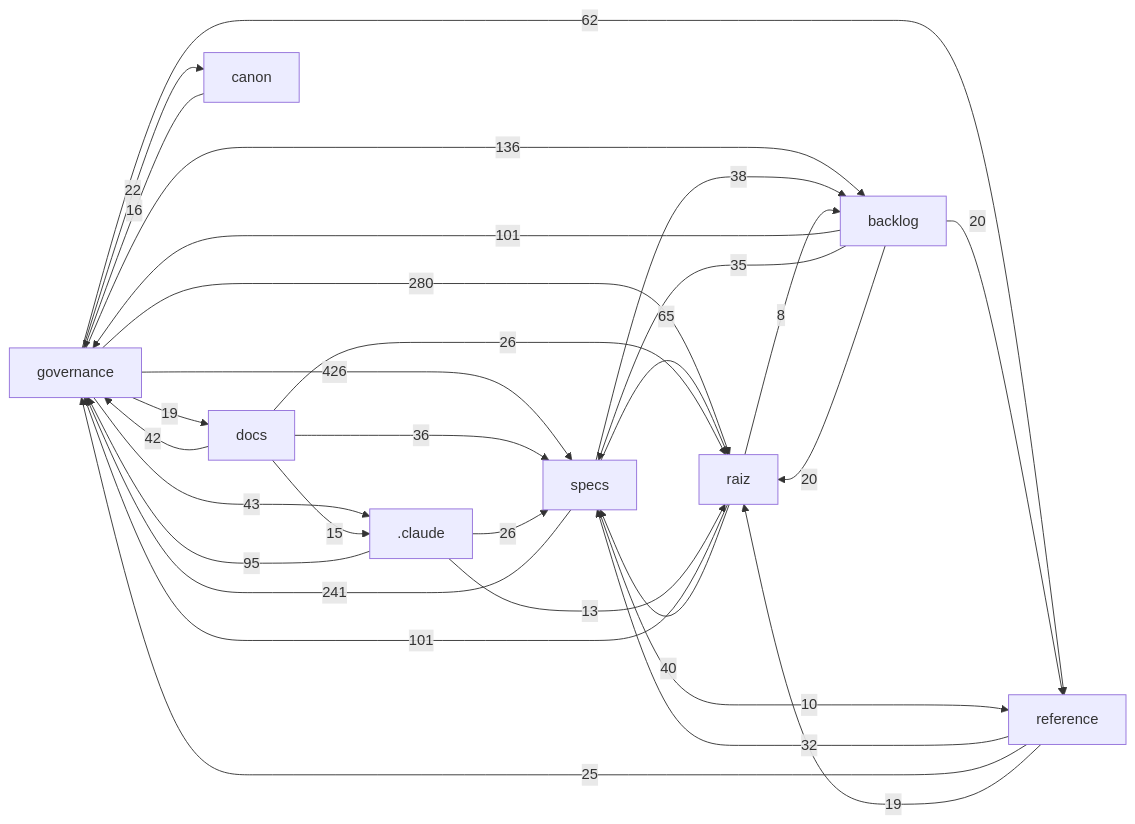
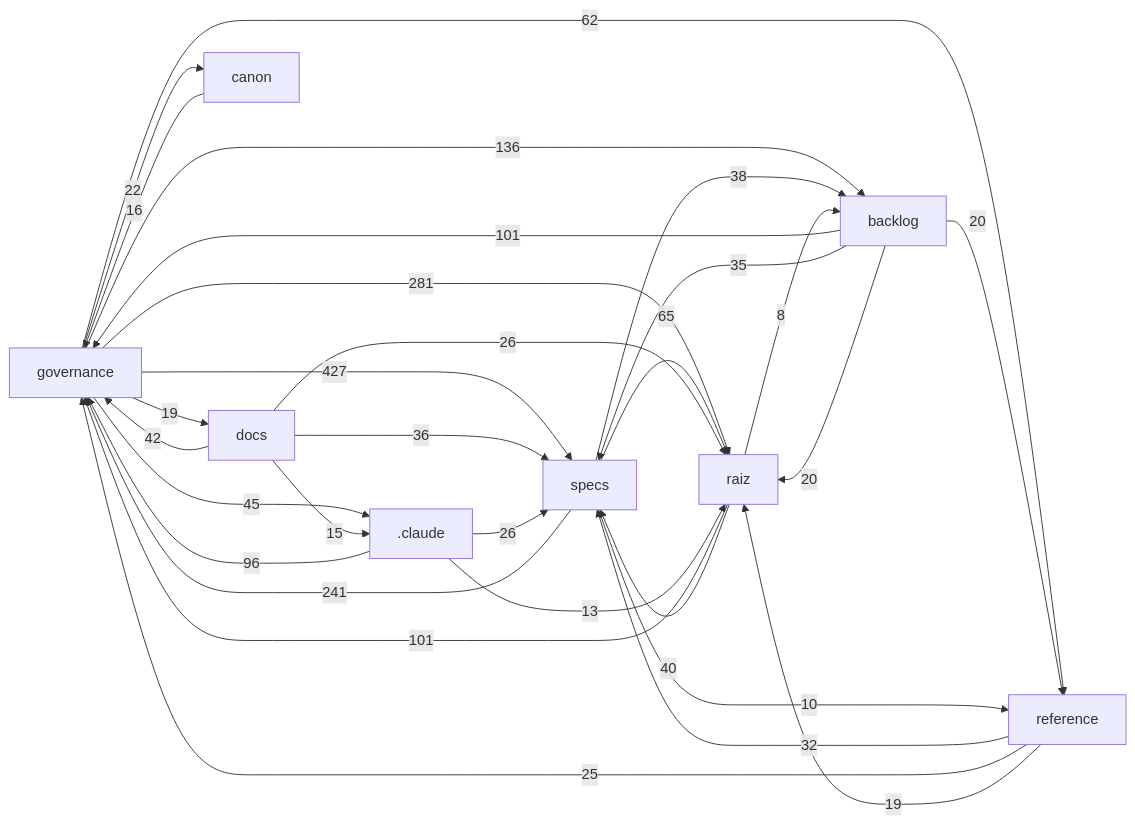
One commit to Andraus35/Sistema-Operacional-de-Trading--SOT changed the diagram in docs/mapa/MAPA-PROJETO.md. Above: the diagram before and after it, drawn with Mermaid. The commit also changed other lines of this file and 4 other files, not shown here.

````diff
--- a/docs/mapa/MAPA-PROJETO.md
+++ b/docs/mapa/MAPA-PROJETO.md
@@ -29,32 +29,32 @@
 ```mermaid
 flowchart LR
-  governance["governance"] -->|426| specs["specs"]
-  governance["governance"] -->|280| raiz["raiz"]
+  governance["governance"] -->|427| specs["specs"]
+  governance["governance"] -->|281| raiz["raiz"]
   specs["specs"] -->|241| governance["governance"]
   governance["governance"] -->|136| backlog["backlog"]
   raiz["raiz"] -->|101| governance["governance"]
   backlog["backlog"] -->|101| governance["governance"]
-  _claude[".claude"] -->|95| governance["governance"]
+  _claude[".claude"] -->|96| governance["governance"]
   specs["specs"] -->|65| raiz["raiz"]
   governance["governance"] -->|62| reference["reference"]
-  governance["governance"] -->|43| _claude[".claude"]
+  governance["governance"] -->|45| _claude[".claude"]
   docs["docs"] -->|42| governance["governance"]
   raiz["raiz"] -->|40| specs["specs"]
   specs["specs"] -->|38| backlog["backlog"]
   docs["docs"] -->|36| specs["specs"]
   backlog["backlog"] -->|35| specs["specs"]
   reference["reference"] -->|32| specs["specs"]
   _claude[".claude"] -->|26| specs["specs"]
   docs["docs"] -->|26| raiz["raiz"]
   reference["reference"] -->|25| governance["governance"]
   governance["governance"] -->|22| canon["canon"]
   backlog["backlog"] -->|20| raiz["raiz"]
   backlog["backlog"] -->|20| reference["reference"]
   governance["governance"] -->|19| docs["docs"]
   reference["reference"] -->|19| raiz["raiz"]
   canon["canon"] -->|16| governance["governance"]
   docs["docs"] -->|15| _claude[".claude"]
   _claude[".claude"] -->|13| raiz["raiz"]
   specs["specs"] -->|10| reference["reference"]
   raiz["raiz"] -->|8| backlog["backlog"]
 ```
````
